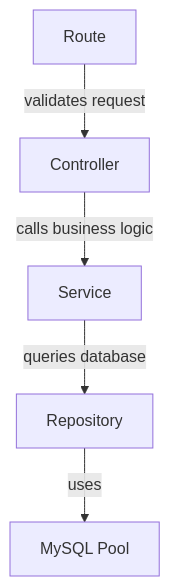
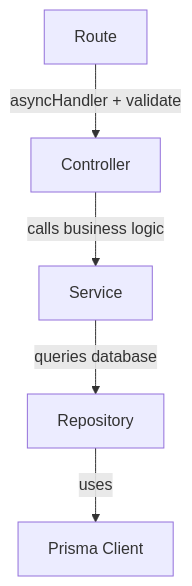
The diagram in docs/project_structure_spec.md (tranduy26913/training-agent-skills), drawn with Mermaid before and after one commit. The commit also changed other lines of this file and 62 other files, not shown here.

````diff
--- a/docs/project_structure_spec.md
+++ b/docs/project_structure_spec.md
@@ -314,7 +345,7 @@
 ```mermaid
 graph TD
-    A[Route] -->|validates request| B[Controller]
+    A[Route] -->|asyncHandler + validate| B[Controller]
     B -->|calls business logic| C[Service]
     C -->|queries database| D[Repository]
-    D -->|uses| E[MySQL Pool]
+    D -->|uses| E[Prisma Client]
 ```
````
